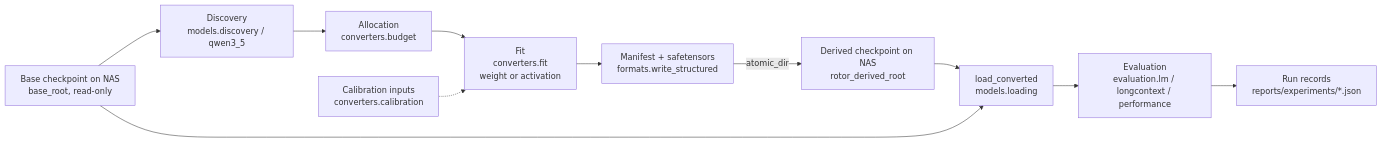
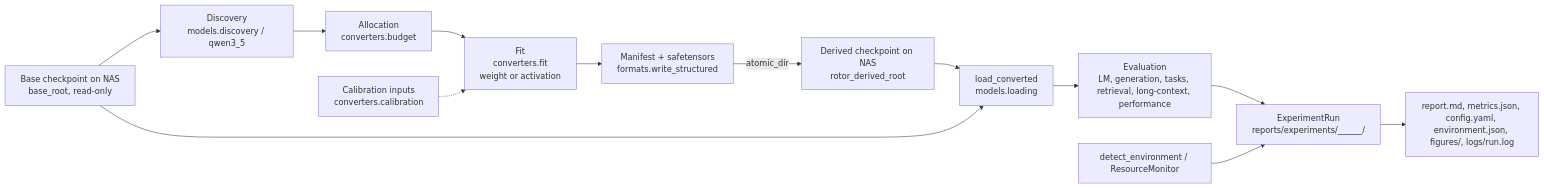
The diagram in docs/ARCHITECTURE.md (PyroFlareX/rotorized-transformers), drawn with Mermaid before and after one commit. The commit also changed other lines of this file and 2 other files, not shown here.

Commit message:
Align architecture, research plan and D8 with run directories, baselines and M0-M6

````diff
--- a/docs/ARCHITECTURE.md
+++ b/docs/ARCHITECTURE.md
@@ -36,13 +40,15 @@
 ```mermaid
 flowchart LR
   B[Base checkpoint on NAS<br/>base_root, read-only] --> D[Discovery<br/>models.discovery / qwen3_5]
   D --> A[Allocation<br/>converters.budget]
   A --> F[Fit<br/>converters.fit<br/>weight or activation]
   C[Calibration inputs<br/>converters.calibration] -.-> F
   F --> M[Manifest + safetensors<br/>formats.write_structured]
   M -->|atomic_dir| X[Derived checkpoint on NAS<br/>rotor_derived_root]
   X --> L[load_converted<br/>models.loading]
   B --> L
-  L --> E[Evaluation<br/>evaluation.lm / longcontext / performance]
-  E --> R[Run records<br/>reports/experiments/*.json]
+  L --> E[Evaluation<br/>LM, generation, tasks, retrieval, long-context, performance]
+  E --> R[ExperimentRun<br/>reports/experiments/<model>__<method>__<target>__<UTCstamp>/]
+  H[detect_environment / ResourceMonitor] --> R
+  R --> O[report.md, metrics.json, config.yaml, environment.json, figures/, logs/run.log]
 ```
````
